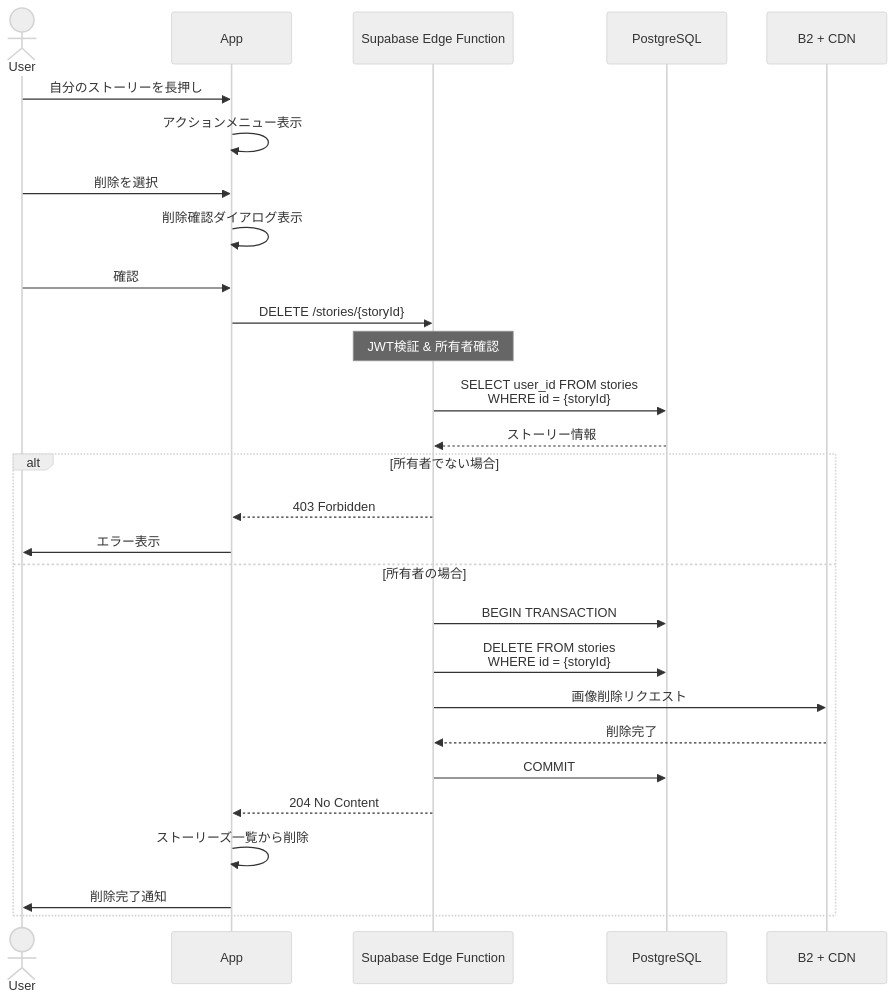
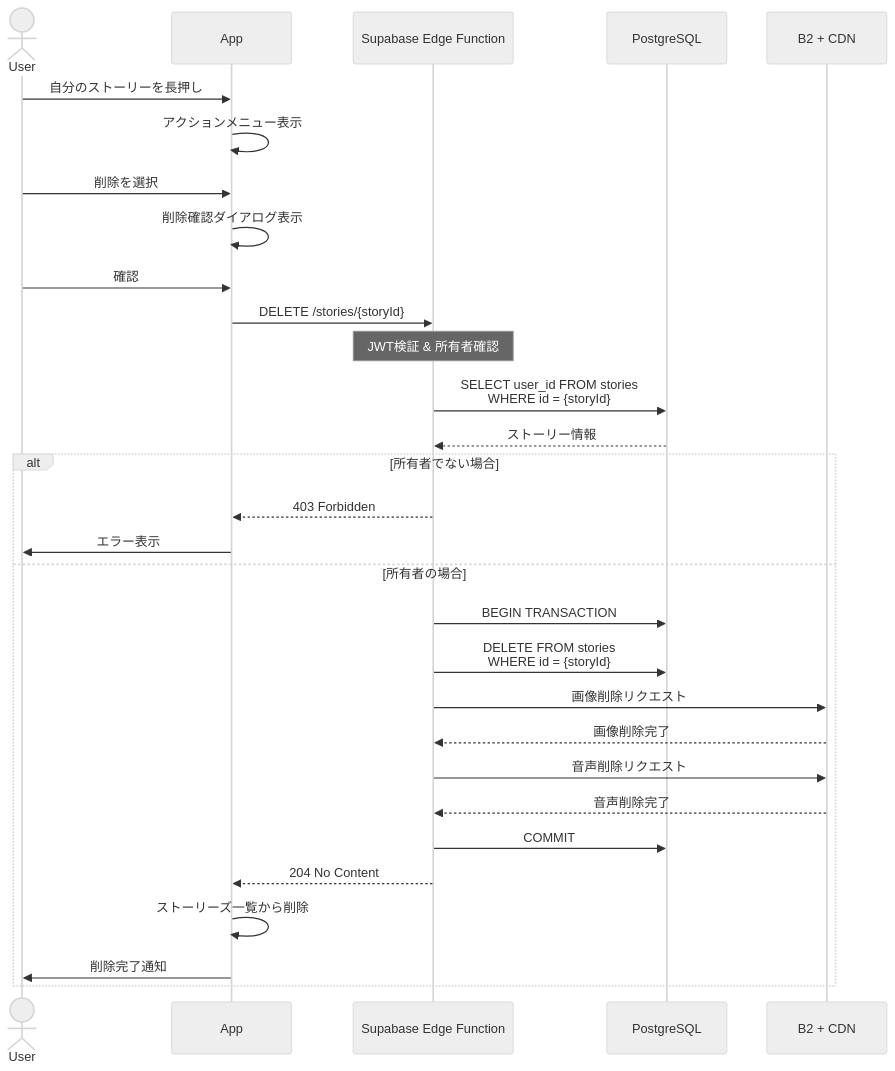
One commit to okap-goldman/kanushi changed the fourth of 6 diagrams in doc/sequences/10_stories.md. Above: the diagram before and after it, drawn with Mermaid (neutral theme). The commit also changed other lines of this file and 88 other files, not shown here.

````diff
--- a/doc/sequences/10_stories.md
+++ b/doc/sequences/10_stories.md
@@ -127,41 +139,44 @@
 ```mermaid
 sequenceDiagram
     actor User
     participant App
     participant API as Supabase Edge Function
     participant DB as PostgreSQL
     participant Storage as B2 + CDN
 
     User->>App: 自分のストーリーを長押し
     App->>App: アクションメニュー表示
     User->>App: 削除を選択
     
     App->>App: 削除確認ダイアログ表示
     User->>App: 確認
     
     App->>API: DELETE /stories/{storyId}
     
     Note over API: JWT検証 & 所有者確認
     
     API->>DB: SELECT user_id FROM stories<br/>WHERE id = {storyId}
     DB-->>API: ストーリー情報
     
     alt 所有者でない場合
         API-->>App: 403 Forbidden
         App->>User: エラー表示
     else 所有者の場合
         API->>DB: BEGIN TRANSACTION
         
         API->>DB: DELETE FROM stories<br/>WHERE id = {storyId}
         
         API->>Storage: 画像削除リクエスト
-        Storage-->>API: 削除完了
+        Storage-->>API: 画像削除完了
+        
+        API->>Storage: 音声削除リクエスト
+        Storage-->>API: 音声削除完了
         
         API->>DB: COMMIT
         
         API-->>App: 204 No Content
         
         App->>App: ストーリーズ一覧から削除
         App->>User: 削除完了通知
     end
 ```
````
